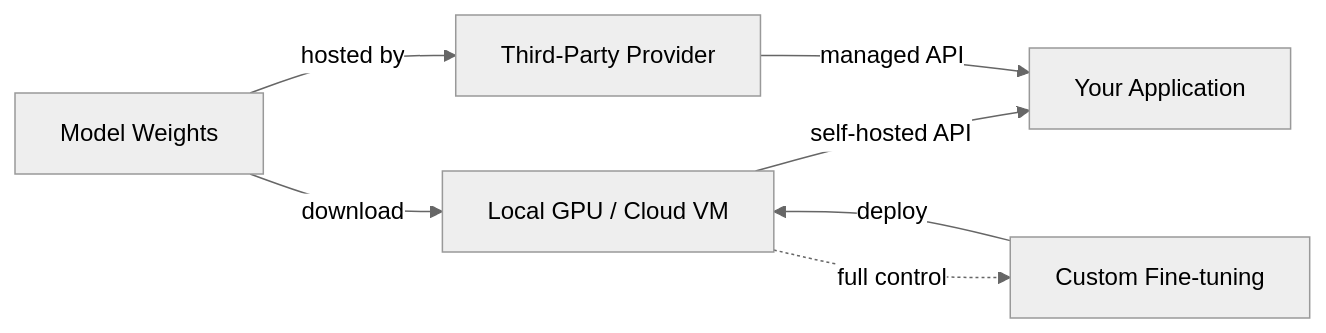
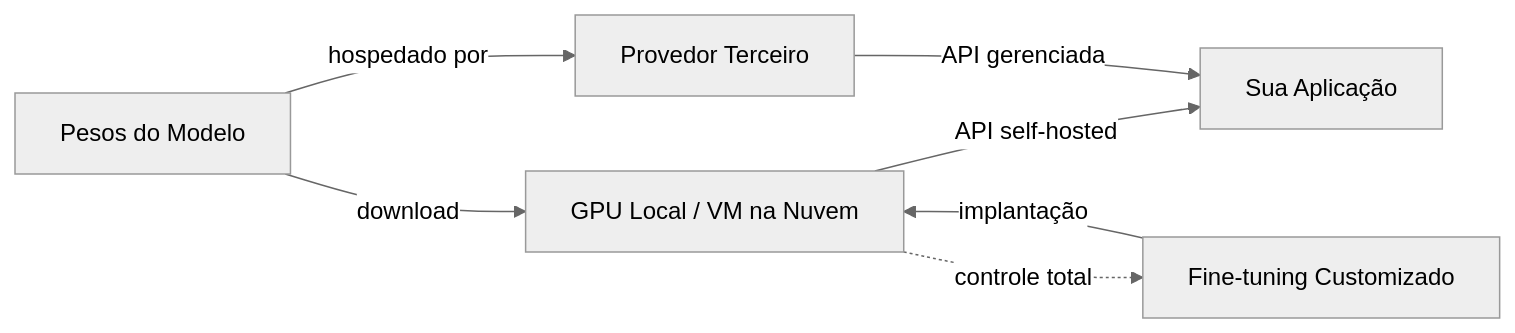
One commit to EmersonBraun/ai-summary-hub changed the second of 2 diagrams in next/content/docs/pt-BR/model-providers/index.mdx. Above: the diagram before and after it, drawn with Mermaid (neutral theme). The commit also changed other lines of this file and 211 other files, not shown here.

````diff
--- a/next/content/docs/pt-BR/model-providers/index.mdx
+++ b/next/content/docs/pt-BR/model-providers/index.mdx
@@ -39,9 +37,9 @@
 ```mermaid
 flowchart LR
-  W[Model Weights] -->|download| L[Local GPU / Cloud VM]
-  W -->|hosted by| TP[Third-Party Provider]
-  L -->|self-hosted API| App[Your Application]
-  TP -->|managed API| App
-  L -.->|full control| CT[Custom Fine-tuning]
-  CT -->|deploy| L
+  W[Pesos do Modelo] -->|download| L[GPU Local / VM na Nuvem]
+  W -->|hospedado por| TP[Provedor Terceiro]
+  L -->|API self-hosted| App[Sua Aplicação]
+  TP -->|API gerenciada| App
+  L -.->|controle total| CT[Fine-tuning Customizado]
+  CT -->|implantação| L
 ```
````
